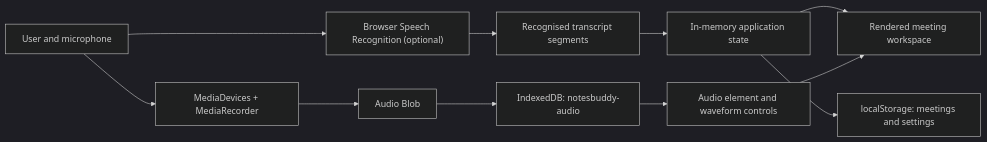
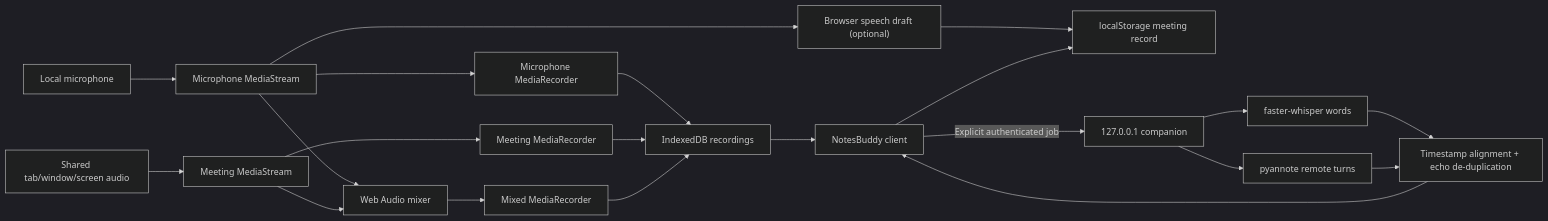
One commit to sumarahmed/AINotesBuddy changed the first of 2 diagrams in docs/ARCHITECTURE.md. Above: the diagram before and after it, drawn with Mermaid (dark theme). The commit also changed other lines of this file and 38 other files, not shown here.

Commit message:
Add meeting audio capture and speaker diarization

````diff
--- a/docs/ARCHITECTURE.md
+++ b/docs/ARCHITECTURE.md
@@ -18,15 +20,25 @@
 ```mermaid
 flowchart LR
-    User["User and microphone"] --> Media["MediaDevices + MediaRecorder"]
-    Media --> Blob["Audio Blob"]
-    Blob --> IDB["IndexedDB: notesbuddy-audio"]
+    Mic["Local microphone"] --> MicStream["Microphone MediaStream"]
+    Share["Shared tab/window/screen audio"] --> MeetingStream["Meeting MediaStream"]
+    MicStream --> MicRecorder["Microphone MediaRecorder"]
+    MeetingStream --> MeetingRecorder["Meeting MediaRecorder"]
+    MicStream --> Mixer["Web Audio mixer"]
+    MeetingStream --> Mixer
+    Mixer --> MixedRecorder["Mixed MediaRecorder"]
+    MicRecorder --> IDB["IndexedDB recordings"]
+    MeetingRecorder --> IDB
+    MixedRecorder --> IDB
 
-    User --> Speech["Browser Speech Recognition (optional)"]
-    Speech --> Transcript["Recognised transcript segments"]
+    MicStream --> BrowserSpeech["Browser speech draft (optional)"]
+    BrowserSpeech --> LocalStorage["localStorage meeting record"]
 
-    Transcript --> State["In-memory application state"]
-    State --> LS["localStorage: meetings and settings"]
-    State --> UI["Rendered meeting workspace"]
-    IDB --> Playback["Audio element and waveform controls"]
-    Playback --> UI
+    IDB --> Client["NotesBuddy client"]
+    Client -->|"Explicit authenticated job"| Companion["127.0.0.1 companion"]
+    Companion --> Whisper["faster-whisper words"]
+    Companion --> Pyannote["pyannote remote turns"]
+    Whisper --> Alignment["Timestamp alignment + echo de-duplication"]
+    Pyannote --> Alignment
+    Alignment --> Client
+    Client --> LocalStorage
 ```
````
